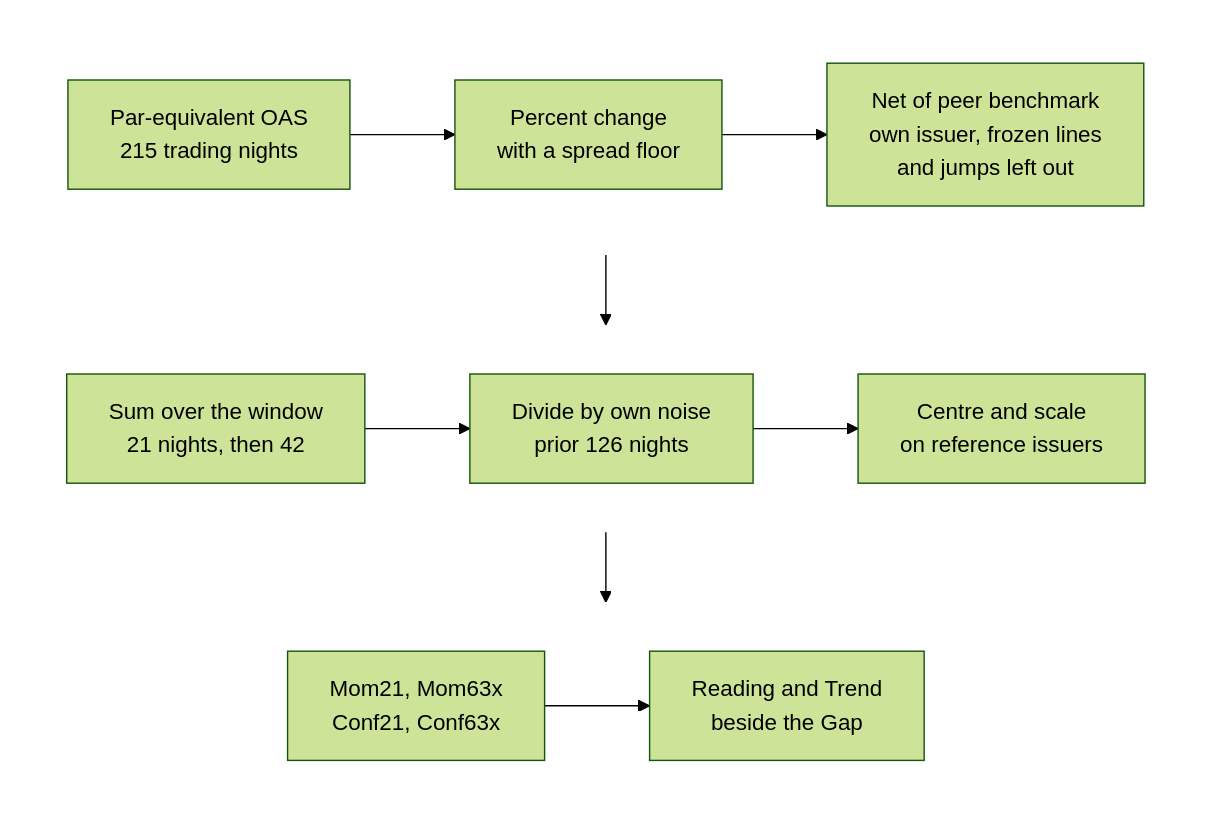
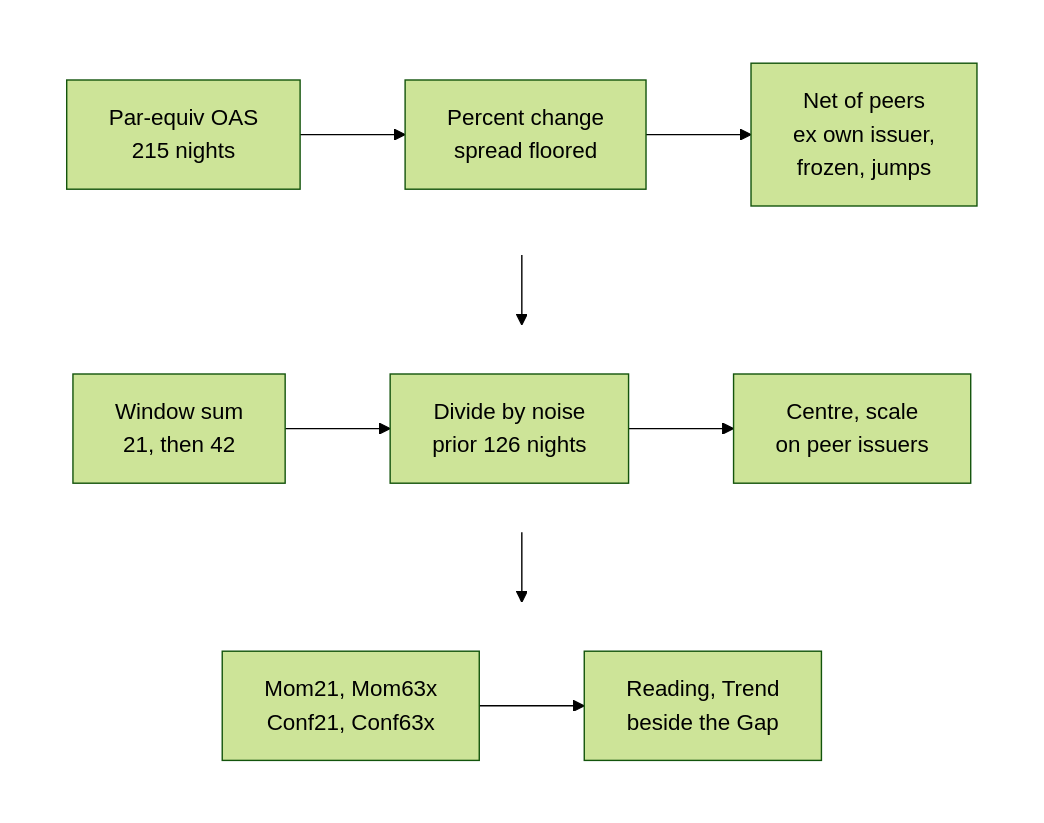
The diagram in README.md (lenamonj/oas-momentum), drawn with Mermaid (forest theme) before and after one commit.

Commit message:
Shorten diagram labels to fit GitHub's Mermaid node width
Claude-Session: https://claude.ai/code/session_017hq6XN9jheyoqqdmuDfJg3

````diff
--- a/README.md
+++ b/README.md
@@ -63,19 +63,19 @@
 ```mermaid
 flowchart TB
     subgraph one [" "]
         direction LR
-        A["Par-equivalent OAS<br/>215 trading nights"] --> B["Percent change<br/>with a spread floor"] --> C["Net of peer benchmark<br/>own issuer, frozen lines<br/>and jumps left out"]
+        A["Par-equiv OAS<br/>215 nights"] --> B["Percent change<br/>spread floored"] --> C["Net of peers<br/>ex own issuer,<br/>frozen, jumps"]
     end
     subgraph two [" "]
         direction LR
-        D["Sum over the window<br/>21 nights, then 42"] --> E["Divide by own noise<br/>prior 126 nights"] --> F["Centre and scale<br/>on reference issuers"]
+        D["Window sum<br/>21, then 42"] --> E["Divide by noise<br/>prior 126 nights"] --> F["Centre, scale<br/>on peer issuers"]
     end
     subgraph three [" "]
         direction LR
-        G["Mom21, Mom63x<br/>Conf21, Conf63x"] --> H["Reading and Trend<br/>beside the Gap"]
+        G["Mom21, Mom63x<br/>Conf21, Conf63x"] --> H["Reading, Trend<br/>beside the Gap"]
     end
     one --> two --> three
     style one fill:transparent,stroke:transparent
     style two fill:transparent,stroke:transparent
     style three fill:transparent,stroke:transparent
 ```
````
